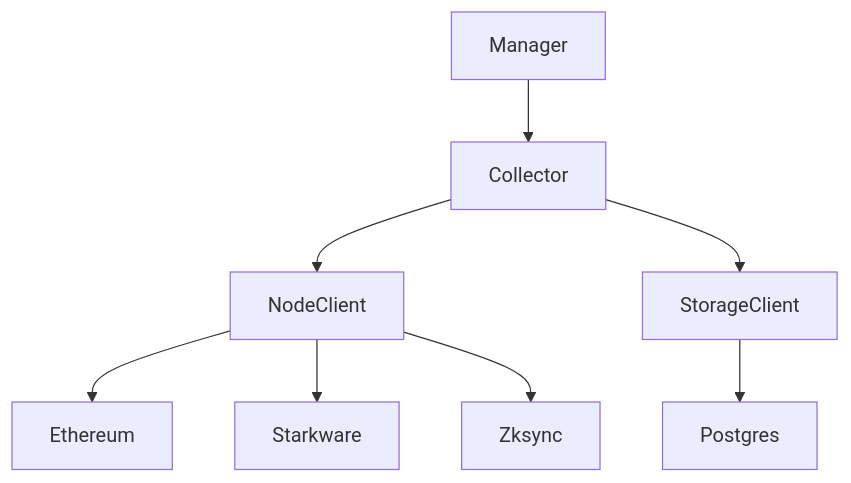
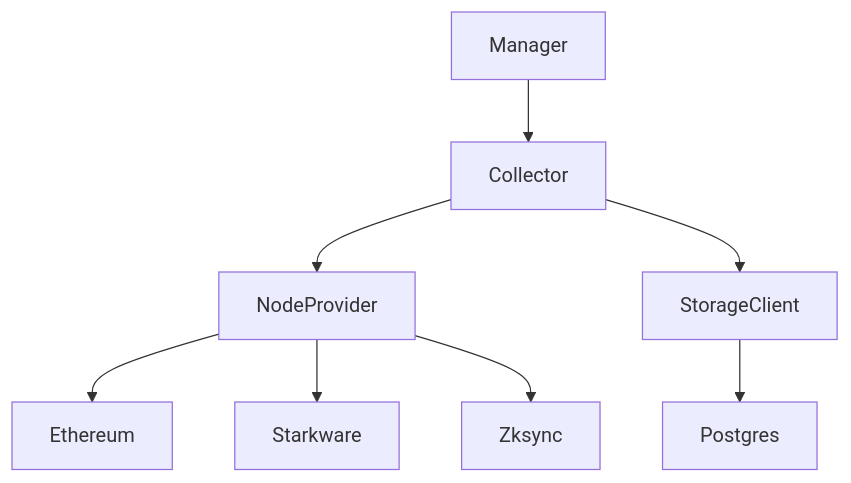
One commit to lbkolev/eventify changed the diagram in crates/eventify-core/README.md. Above: the diagram before and after it, drawn with Mermaid. The commit also changed 14 other files, not shown here.

````diff
--- a/crates/eventify-core/README.md
+++ b/crates/eventify-core/README.md
@@ -5,10 +5,10 @@
 ```mermaid
 graph TD
     Manager --> Collector
-    Collector --> NodeClient
+    Collector --> NodeProvider
     Collector --> StorageClient
-    NodeClient --> Ethereum
-    NodeClient --> Starkware
-    NodeClient --> Zksync
+    NodeProvider --> Ethereum
+    NodeProvider --> Starkware
+    NodeProvider --> Zksync
     StorageClient --> Postgres
 ```
````
